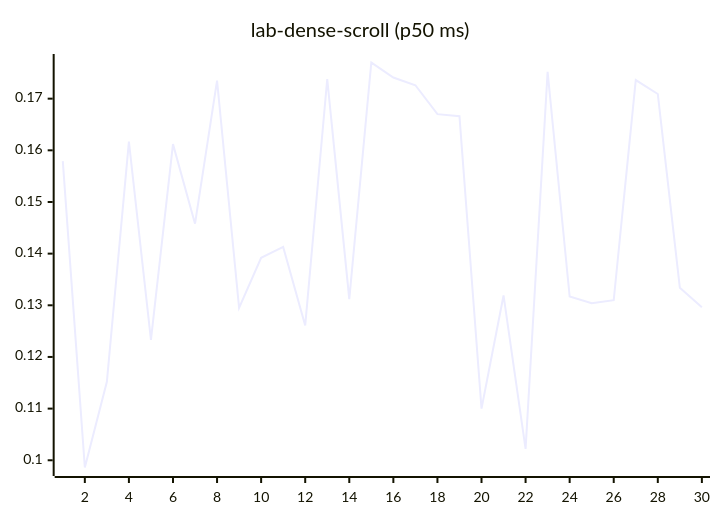
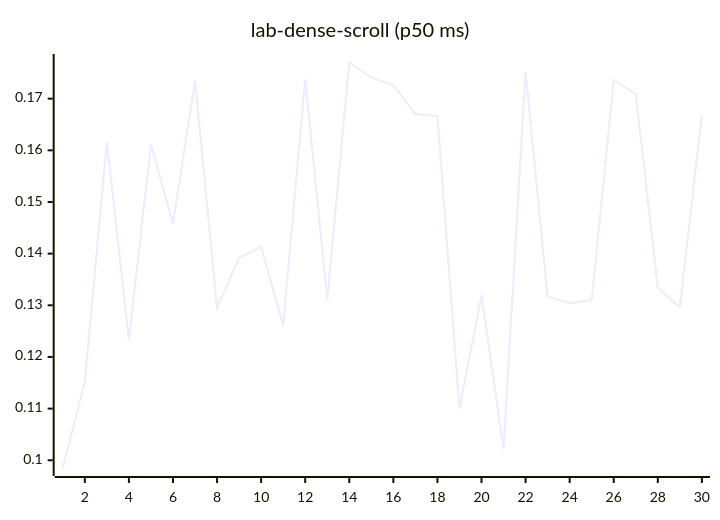
One commit to josha/Facet changed diagram 12 of 27 in README.md. Above: the diagram before and after it, drawn with Mermaid. The commit also changed other lines of this file and 2 other files, not shown here.

````diff
--- a/README.md
+++ b/README.md
@@ -140,6 +140,6 @@
 ```mermaid
 xychart-beta
     title "lab-dense-scroll (p50 ms)"
     x-axis 1 --> 30
-    line [0.1579, 0.0986, 0.1152, 0.1617, 0.1233, 0.1612, 0.1458, 0.1735, 0.1295, 0.1392, 0.1413, 0.1261, 0.1738, 0.1312, 0.1770, 0.1741, 0.1726, 0.1670, 0.1666, 0.1100, 0.1319, 0.1022, 0.1752, 0.1317, 0.1304, 0.1310, 0.1736, 0.1709, 0.1334, 0.1296]
+    line [0.0986, 0.1152, 0.1617, 0.1233, 0.1612, 0.1458, 0.1735, 0.1295, 0.1392, 0.1413, 0.1261, 0.1738, 0.1312, 0.1770, 0.1741, 0.1726, 0.1670, 0.1666, 0.1100, 0.1319, 0.1022, 0.1752, 0.1317, 0.1304, 0.1310, 0.1736, 0.1709, 0.1334, 0.1296, 0.1669]
 ```
````
